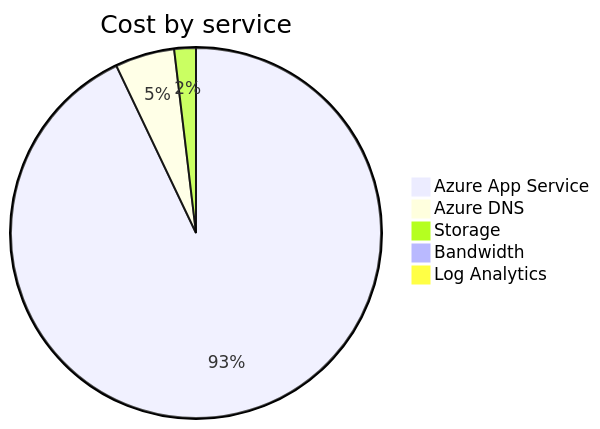
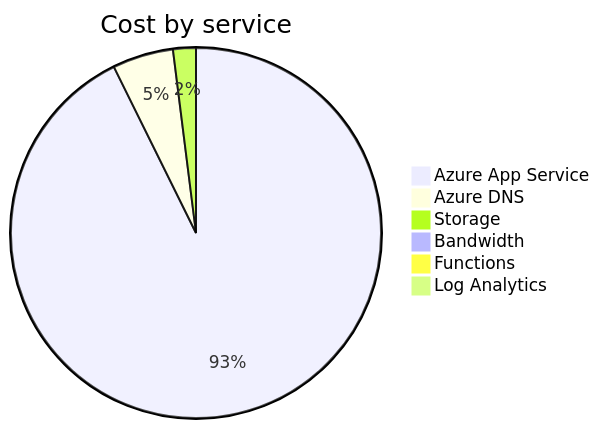
Before and after one commit to jpfulton/azure-personal-reports: the second of 4 diagrams in cost-reports/accumulated-cost.md, drawn with Mermaid. The commit also changed other lines of this file and 4 other files, not shown here.

````diff
--- a/cost-reports/accumulated-cost.md
+++ b/cost-reports/accumulated-cost.md
@@ -97,9 +98,10 @@
 ```mermaid
 pie
    title Cost by service
-   "Azure App Service" : 1.97
-   "Azure DNS" : 0.11
-   "Storage" : 0.04
+   "Azure App Service" : 2.79
+   "Azure DNS" : 0.16
+   "Storage" : 0.06
    "Bandwidth" : 0.00
+   "Functions" : 0.00
    "Log Analytics" : 0.00
 ```
````
